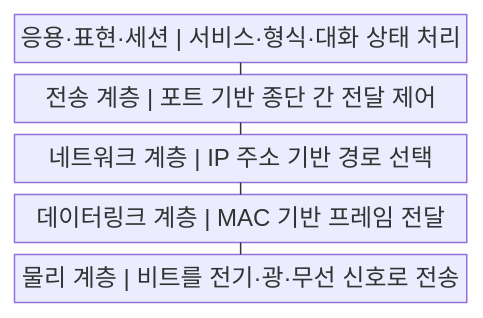
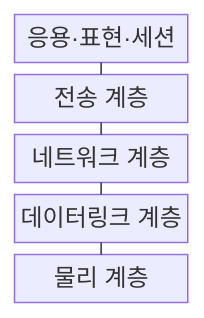
Before and after one commit to agnusdei1207/knowledge-base: the first of 2 diagrams in src/content/docs/notes/04-network/001_osi_7_layer_model.md, drawn with Mermaid. The commit also changed other lines of this file and 122 other files, not shown here.

````diff
--- a/src/content/docs/notes/04-network/001_osi_7_layer_model.md
+++ b/src/content/docs/notes/04-network/001_osi_7_layer_model.md
@@ -57,13 +57,13 @@
 ```mermaid
-block
+block-beta
     columns 1
-    A["응용·표현·세션 | 서비스·형식·대화 상태 처리"]
-    B["전송 계층 | 포트 기반 종단 간 전달 제어"]
-    C["네트워크 계층 | IP 주소 기반 경로 선택"]
-    D["데이터링크 계층 | MAC 기반 프레임 전달"]
-    E["물리 계층 | 비트를 전기·광·무선 신호로 전송"]
+    A["응용·표현·세션"]
+    B["전송 계층"]
+    C["네트워크 계층"]
+    D["데이터링크 계층"]
+    E["물리 계층"]
     A --- B
     B --- C
     C --- D
     D --- E
 ```
````
